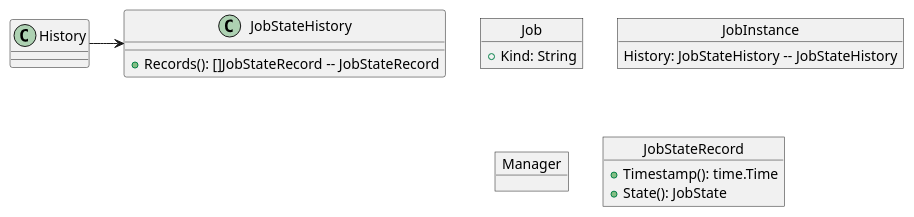
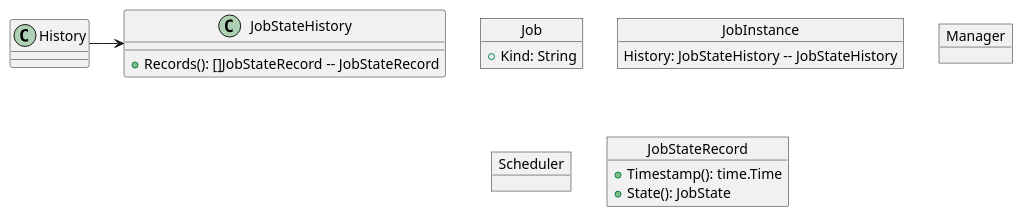
One commit to cybergarage/go-job changed the diagram in doc/img/job_object.pu. Above: the diagram before and after it, drawn with PlantUML. The commit also changed 1 other file, not shown here.

```diff
--- a/doc/img/job_object.pu
+++ b/doc/img/job_object.pu
@@ -1,25 +1,28 @@
 @startuml
 
 object Job{
   +Kind: String
 }
 
 object JobInstance {
   History: JobStateHistory -- JobStateHistory
 }
 
 History -> JobStateHistory
 
 object Manager {
 }
 
+object Scheduler {
+}
+
 object JobStateHistory {
   +Records(): []JobStateRecord -- JobStateRecord
 }
 
 object JobStateRecord {
   +Timestamp(): time.Time
   +State(): JobState
 }
 
 @enduml
```
